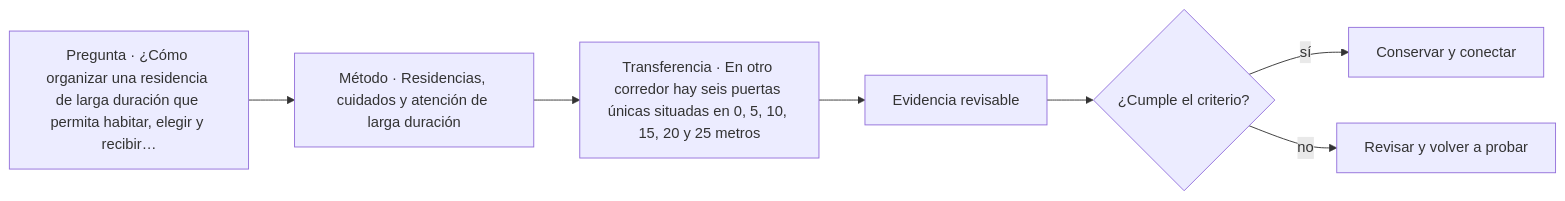
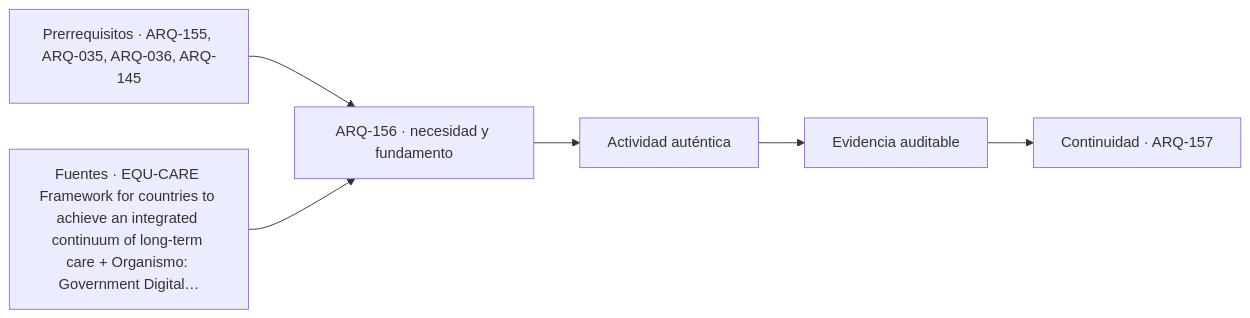
The diagram in classes/parte-16/ARQ-156.md (vladimiracunadev-create/architecture-built-environment-learning-program), drawn with Mermaid before and after one commit. The commit also changed other lines of this file and 761 other files, not shown here.

````diff
--- a/classes/parte-16/ARQ-156.md
+++ b/classes/parte-16/ARQ-156.md
@@ -116,9 +128,8 @@
 ```mermaid
 flowchart LR
-    Q["Pregunta · ¿Cómo organizar una residencia de larga duración que permita habitar, elegir y recibir…"] --> M["Método · Residencias, cuidados y atención de larga duración"]
-    M --> P["Transferencia · En otro corredor hay seis puertas únicas situadas en 0, 5, 10, 15, 20 y 25 metros"]
-    P --> E["Evidencia revisable"]
-    E --> C{"¿Cumple el criterio?"}
-    C -->|sí| T["Conservar y conectar"]
-    C -->|no| R["Revisar y volver a probar"]
+    A["Prerrequisitos · ARQ-155, ARQ-035, ARQ-036, ARQ-145"] --> B["ARQ-156 · necesidad y fundamento"]
+    S["Fuentes · EQU-CARE Framework for countries to achieve an integrated continuum of long-term care + Organismo: Government Digital…"] --> B
+    B --> C["Actividad auténtica"]
+    C --> D["Evidencia auditable"]
+    D --> E["Continuidad · ARQ-157"]
 ```
````
